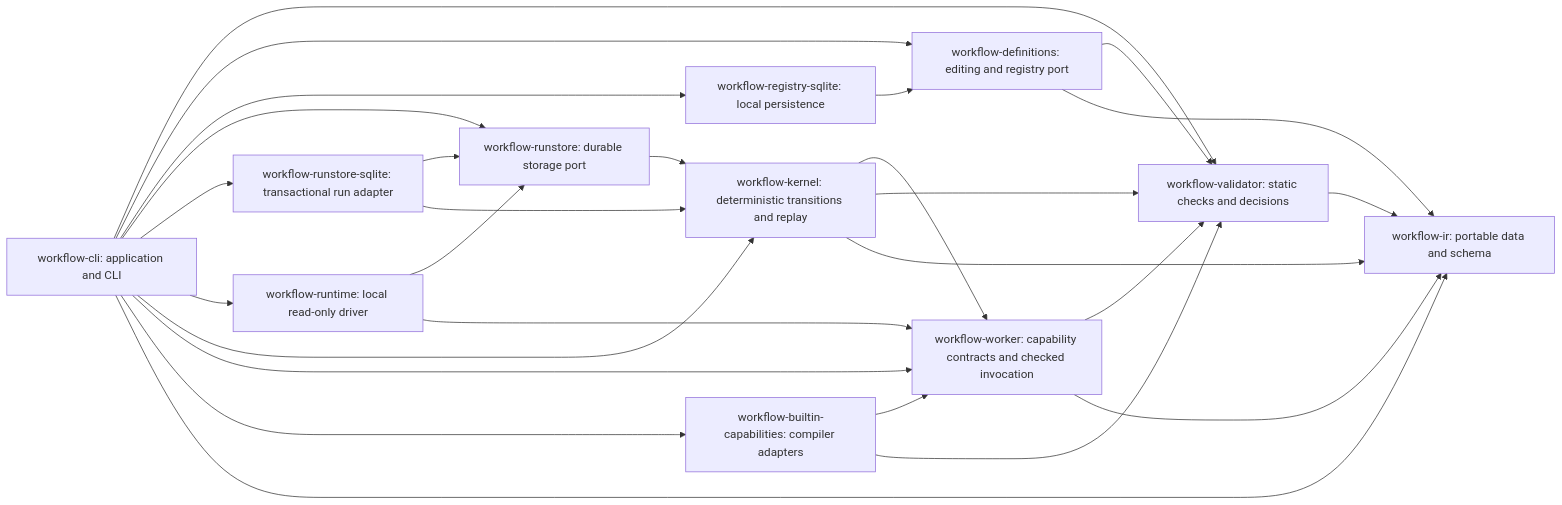
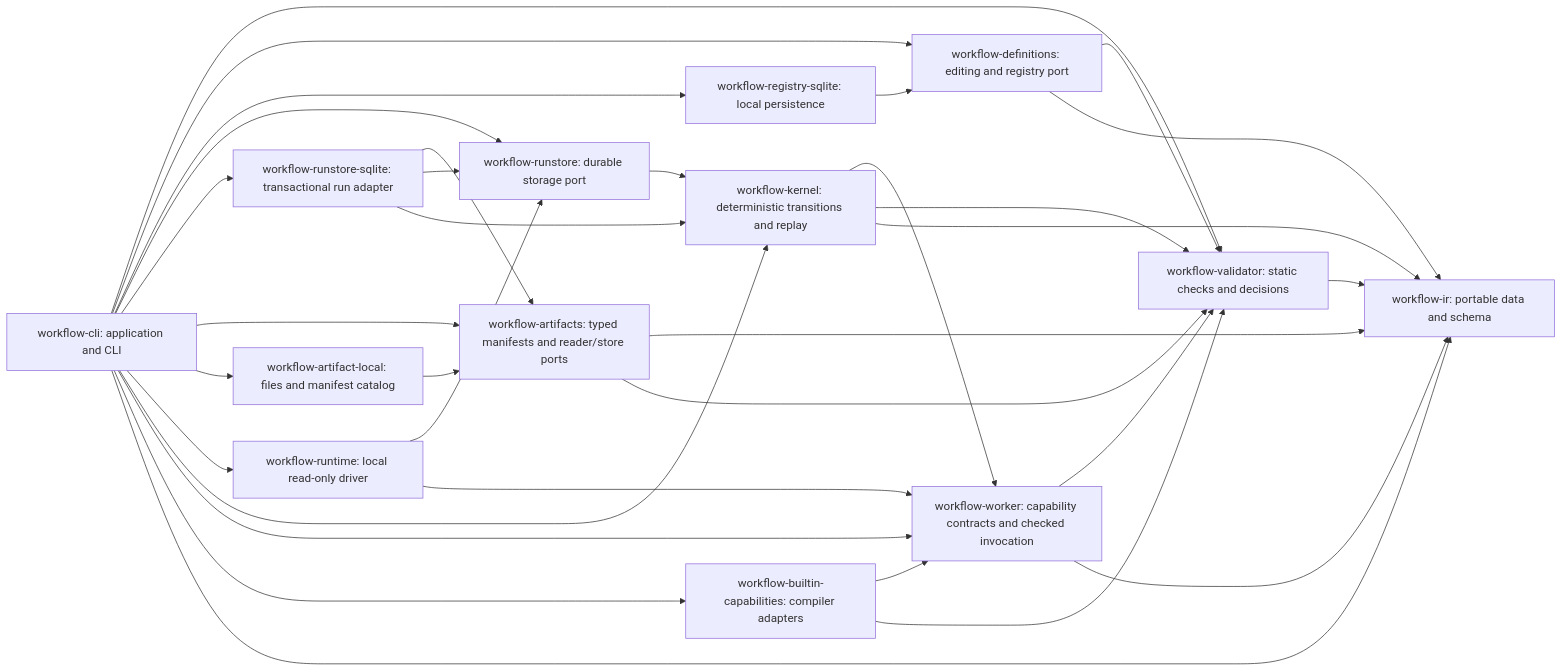
One commit to coolplayagent/workflow-cli changed the diagram in docs/roadmap.md. Above: the diagram before and after it, drawn with Mermaid. The commit also changed other lines of this file and 57 other files, not shown here.

Commit message:
feat(artifacts): durable typed manifests and verified run evidence (#24)

````diff
--- a/docs/roadmap.md
+++ b/docs/roadmap.md
@@ -8,29 +8,35 @@
 ```mermaid
 flowchart LR
     CLI[workflow-cli: application and CLI] --> V[workflow-validator: static checks and decisions]
     CLI --> D[workflow-definitions: editing and registry port]
     CLI --> S[workflow-registry-sqlite: local persistence]
     CLI --> RS[workflow-runstore: durable storage port]
     CLI --> DB[workflow-runstore-sqlite: transactional run adapter]
+    CLI --> A[workflow-artifacts: typed manifests and reader/store ports]
+    CLI --> AF[workflow-artifact-local: files and manifest catalog]
+    AF --> A
+    DB --> A
+    A --> IR
+    A --> V
     CLI --> RT[workflow-runtime: local read-only driver]
     RT --> RS
     RT --> W
     DB --> RS
     DB --> K
     RS --> K
     CLI --> K[workflow-kernel: deterministic transitions and replay]
     K --> W
     K --> V
     K --> IR
     CLI --> W[workflow-worker: capability contracts and checked invocation]
     CLI --> B[workflow-builtin-capabilities: compiler adapters]
     B --> W
     B --> V
     W --> V
     W --> IR
     S --> D
     D --> V
     D --> IR[workflow-ir: portable data and schema]
     CLI --> IR
     V --> IR
 ```
````
